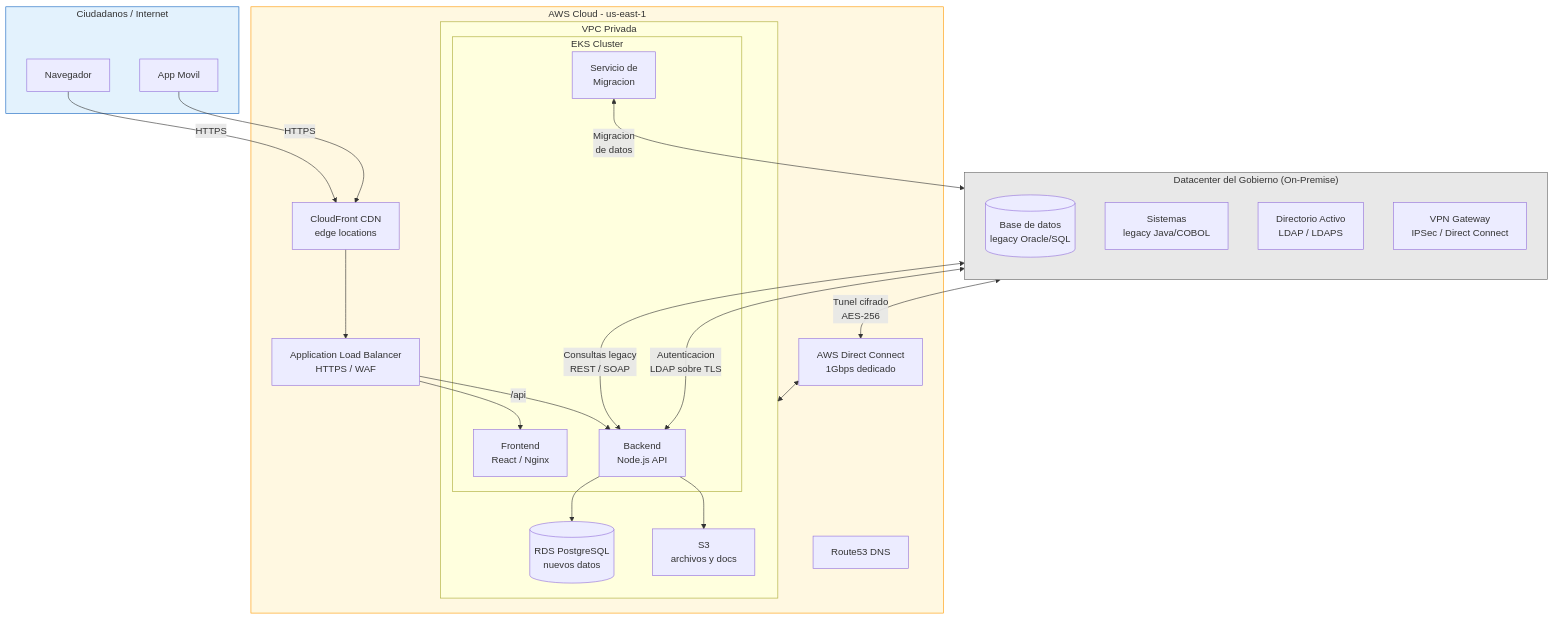
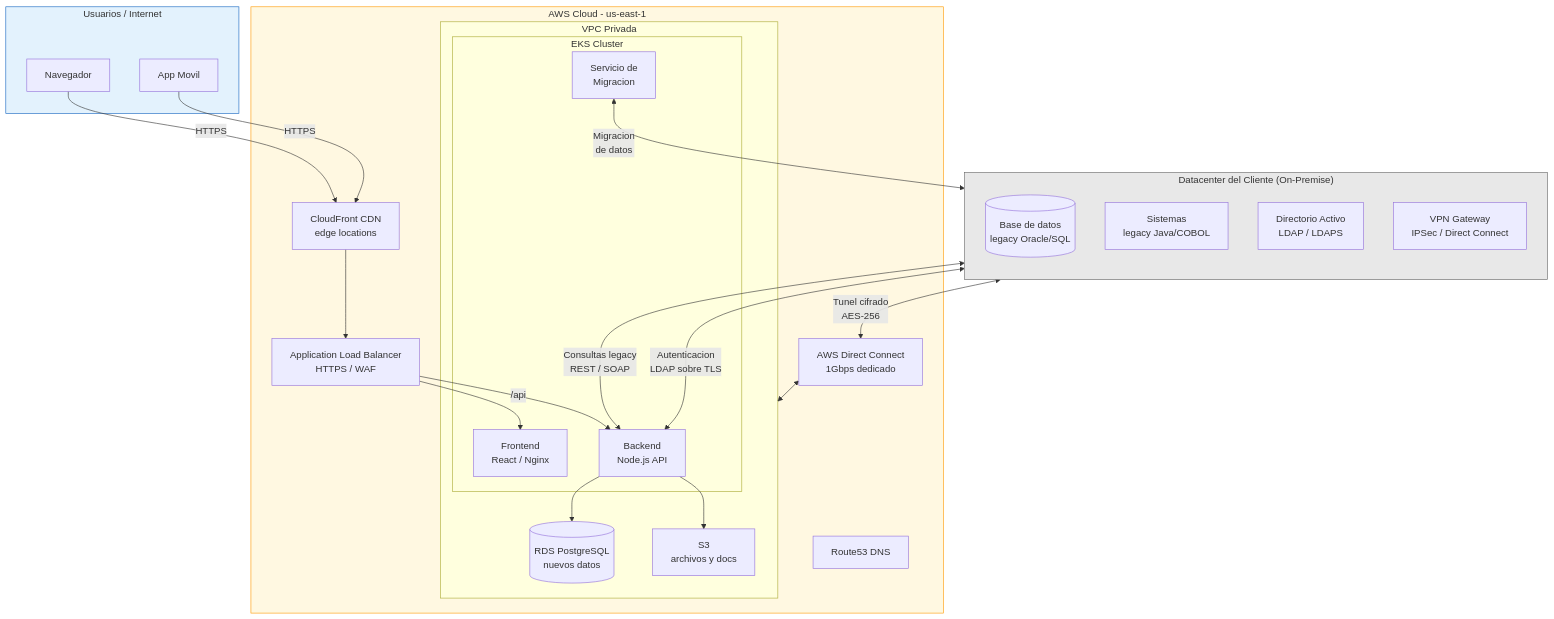
Before and after one commit to alexander-fq/multicloud: the first of 8 diagrams in skeleton/docs/architecture/ARCHITECTURE_DIAGRAMS.md, drawn with Mermaid. The commit also changed other lines of this file and 6 other files, not shown here.

````diff
--- a/skeleton/docs/architecture/ARCHITECTURE_DIAGRAMS.md
+++ b/skeleton/docs/architecture/ARCHITECTURE_DIAGRAMS.md
@@ -14,54 +14,54 @@
 ```mermaid
 graph TB
-    subgraph CIUDADANOS["Ciudadanos / Internet"]
+    subgraph USUARIOS["Usuarios / Internet"]
         USER[Navegador]
         MOBILE[App Movil]
     end
 
-    subgraph ONPREMISE["Datacenter del Gobierno (On-Premise)"]
+    subgraph ONPREMISE["Datacenter del Cliente (On-Premise)"]
         direction TB
         LEGACY_DB[(Base de datos\nlegacy Oracle/SQL)]
         LEGACY_APP[Sistemas\nlegacy Java/COBOL]
         LDAP[Directorio Activo\nLDAP / LDAPS]
         VPN_GW[VPN Gateway\nIPSec / Direct Connect]
     end
 
     subgraph AWS["AWS Cloud - us-east-1"]
         R53[Route53 DNS]
         CF[CloudFront CDN\nedge locations]
         ALB[Application Load Balancer\nHTTPS / WAF]
 
         subgraph VPC["VPC Privada"]
             subgraph EKS["EKS Cluster"]
                 API[Backend\nNode.js API]
                 FRONT[Frontend\nReact / Nginx]
                 MIGRATOR[Servicio de\nMigracion]
             end
             RDS[(RDS PostgreSQL\nnuevos datos)]
             S3[S3\narchivos y docs]
         end
 
         DX[AWS Direct Connect\n1Gbps dedicado]
     end
 
     USER -->|HTTPS| CF
     MOBILE -->|HTTPS| CF
     CF --> ALB
     ALB --> FRONT
     ALB -->|/api| API
     API --> RDS
     API --> S3
 
     %% Integracion hibrida
     API <-->|Consultas legacy\nREST / SOAP| LEGACY_APP
     API <-->|Autenticacion\nLDAP sobre TLS| LDAP
     MIGRATOR <-->|Migracion\nde datos| LEGACY_DB
 
     %% Conectividad segura entre nube y datacenter
     VPN_GW <-->|Tunel cifrado\nAES-256| DX
     DX <--> VPC
 
     style ONPREMISE fill:#e8e8e8,stroke:#666
     style AWS fill:#fff8e1,stroke:#ff9900
-    style CIUDADANOS fill:#e3f2fd,stroke:#1565c0
+    style USUARIOS fill:#e3f2fd,stroke:#1565c0
 ```
````
